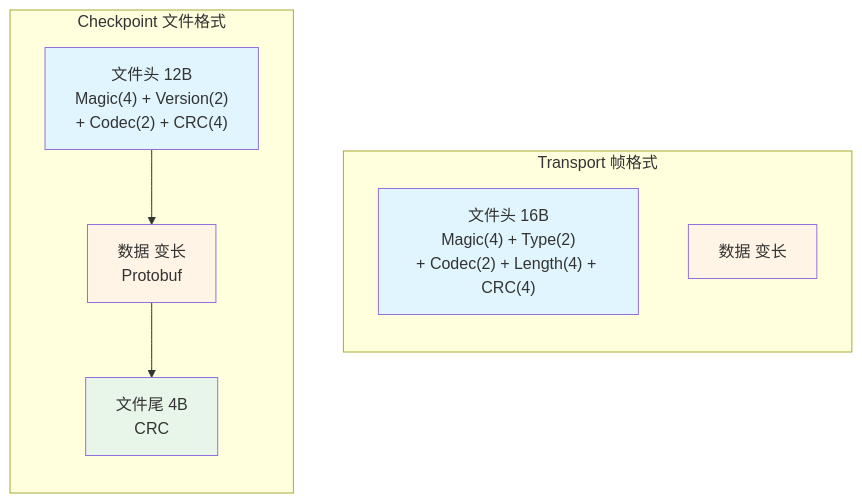
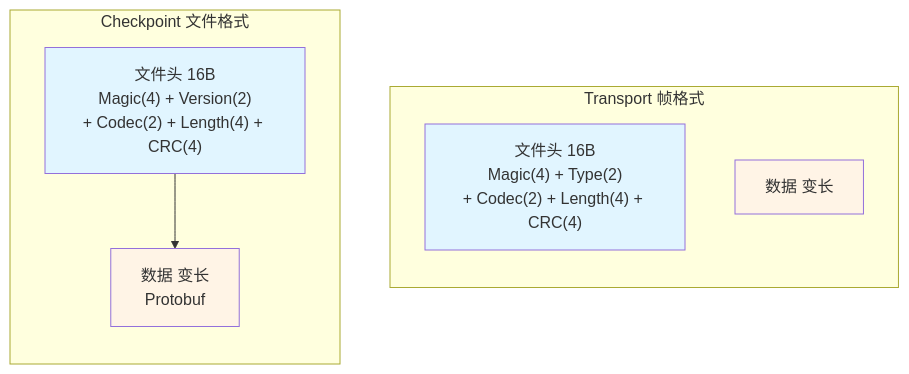
The fourth of 8 diagrams in docs/06_project_management/pr_documents/feature/2026-01-19_PR-003_WAL_Checkpoint_机制实现_Pre.md (jzhang405/NexKV), drawn with Mermaid before and after one commit. The commit also changed other lines of this file, not shown here.

First line of the commit message:
docs(pr-003): 更新所有图表为两段式格式

````diff
--- a/docs/06_project_management/pr_documents/feature/2026-01-19_PR-003_WAL_Checkpoint_机制实现_Pre.md
+++ b/docs/06_project_management/pr_documents/feature/2026-01-19_PR-003_WAL_Checkpoint_机制实现_Pre.md
@@ -254,23 +252,21 @@
 ```mermaid
 flowchart TB
     subgraph Transport["Transport 帧格式"]
         direction TB
         TH["文件头 16B<br/>Magic(4) + Type(2)<br/>+ Codec(2) + Length(4) + CRC(4)"]
         TD["数据 变长"]
     end
 
     subgraph Checkpoint["Checkpoint 文件格式"]
         direction TB
-        CH["文件头 12B<br/>Magic(4) + Version(2)<br/>+ Codec(2) + CRC(4)"]
+        CH["文件头 16B<br/>Magic(4) + Version(2)<br/>+ Codec(2) + Length(4) + CRC(4)"]
         CD["数据 变长<br/>Protobuf"]
-        CT["文件尾 4B<br/>CRC"]
 
-        CH --> CD --> CT
+        CH --> CD
     end
 
     style TH fill:#e1f5ff
     style TD fill:#fff4e6
     style CH fill:#e1f5ff
     style CD fill:#fff4e6
-    style CT fill:#e8f5e9
 ```
````
